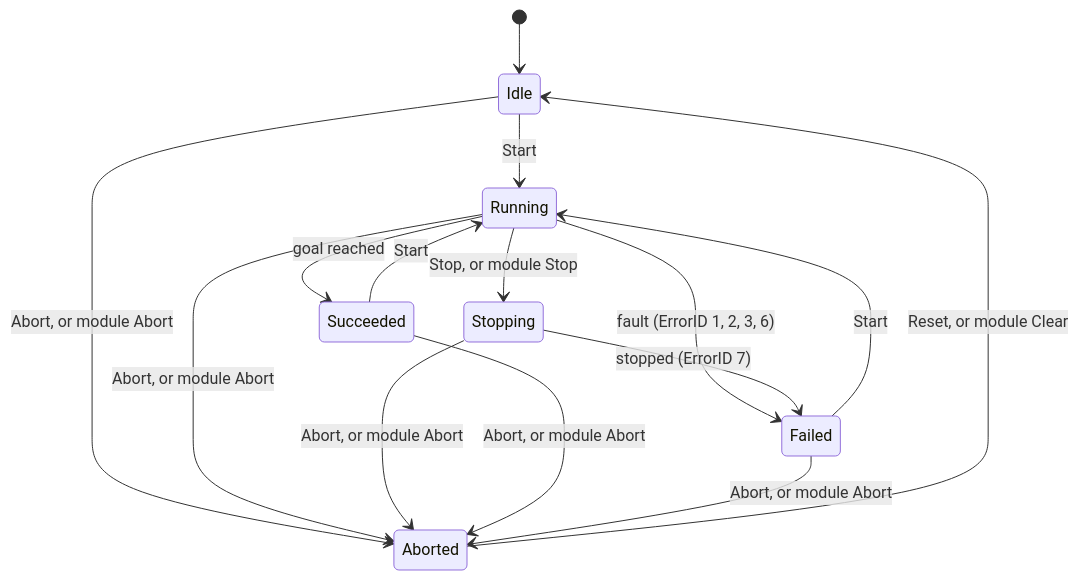
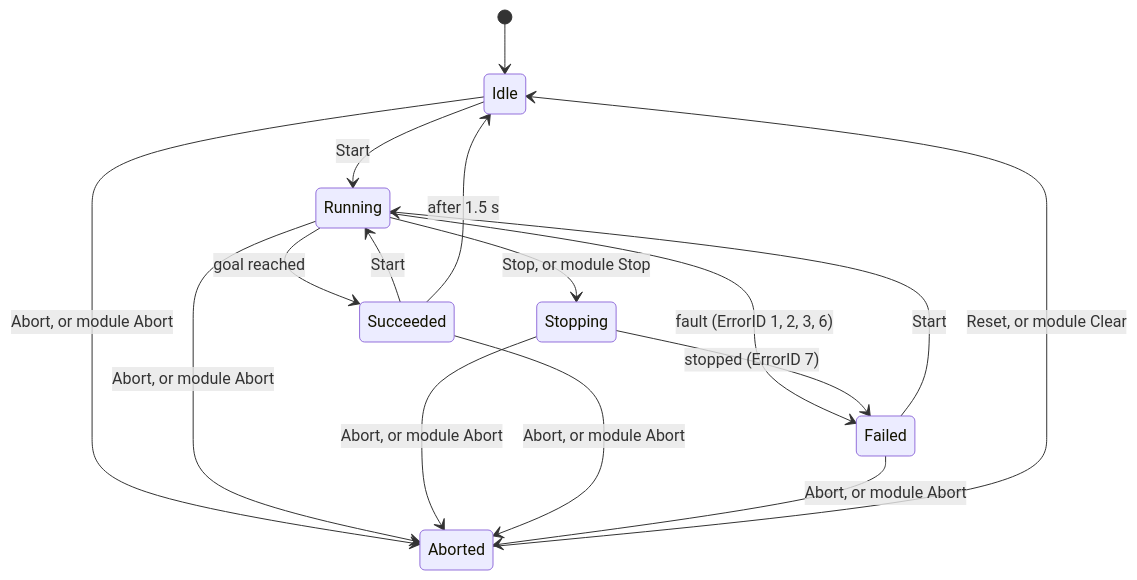
One commit to AAUSmartProductionLab/iec61499-mgmt-py changed the second of 2 diagrams in docs/hmi/opcua-filling.md. Above: the diagram before and after it, drawn with Mermaid. The commit also changed other lines of this file and 3 other files, not shown here.

````diff
--- a/docs/hmi/opcua-filling.md
+++ b/docs/hmi/opcua-filling.md
@@ -151,17 +151,18 @@
 ```mermaid
 stateDiagram-v2
     [*] --> Idle
     Idle --> Running: Start
     Succeeded --> Running: Start
     Failed --> Running: Start
     Running --> Succeeded: goal reached
+    Succeeded --> Idle: after 1.5 s
     Running --> Failed: fault (ErrorID 1, 2, 3, 6)
     Running --> Stopping: Stop, or module Stop
     Stopping --> Failed: stopped (ErrorID 7)
     Idle --> Aborted: Abort, or module Abort
     Running --> Aborted: Abort, or module Abort
     Stopping --> Aborted: Abort, or module Abort
     Succeeded --> Aborted: Abort, or module Abort
     Failed --> Aborted: Abort, or module Abort
     Aborted --> Idle: Reset, or module Clear
 ```
````
